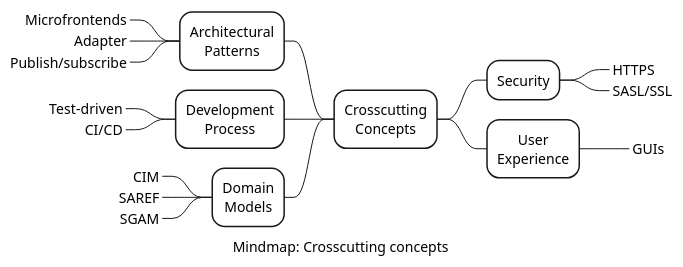
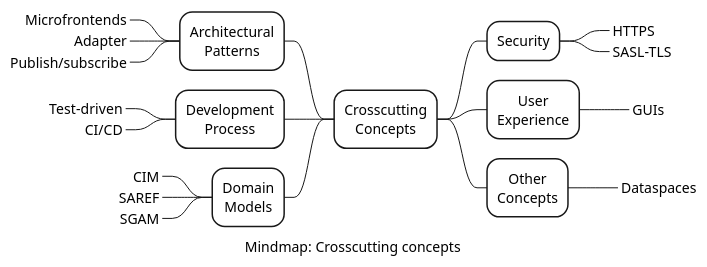
The diagram in arc42/08-crosscutting-concepts/figures/crosscutting-concepts.puml (eddie-energy/architecture), drawn with PlantUML before and after one commit. The commit also changed 98 other files, not shown here.

```diff
--- a/arc42/08-crosscutting-concepts/figures/crosscutting-concepts.puml
+++ b/arc42/08-crosscutting-concepts/figures/crosscutting-concepts.puml
@@ -1,34 +1,36 @@
 @startmindmap crosscutting-concepts
 'mindpam diagram
 caption Mindmap: Crosscutting concepts
 
 <style>
 mindmapDiagram {
   node {
     BackgroundColor transparemt
     HorizontalAlignment center
   }
 }
 </style>
 
 * Crosscutting\nConcepts
 
 -- Architectural\nPatterns
 ---_ Microfrontends
 ---_ Adapter
 ---_ Publish/subscribe
 -- Development\nProcess
 ---_ Test-driven
 ---_ CI/CD
 -- Domain\nModels
 ---_ CIM
 ---_ SAREF
 ---_ SGAM
 
 ++ Security
 +++_ HTTPS
-+++_ SASL/SSL
++++_ SASL-TLS
 ++ User\nExperience
 +++_ GUIs
+++ Other\nConcepts
++++_ Dataspaces
 
 @endmindmap
```
